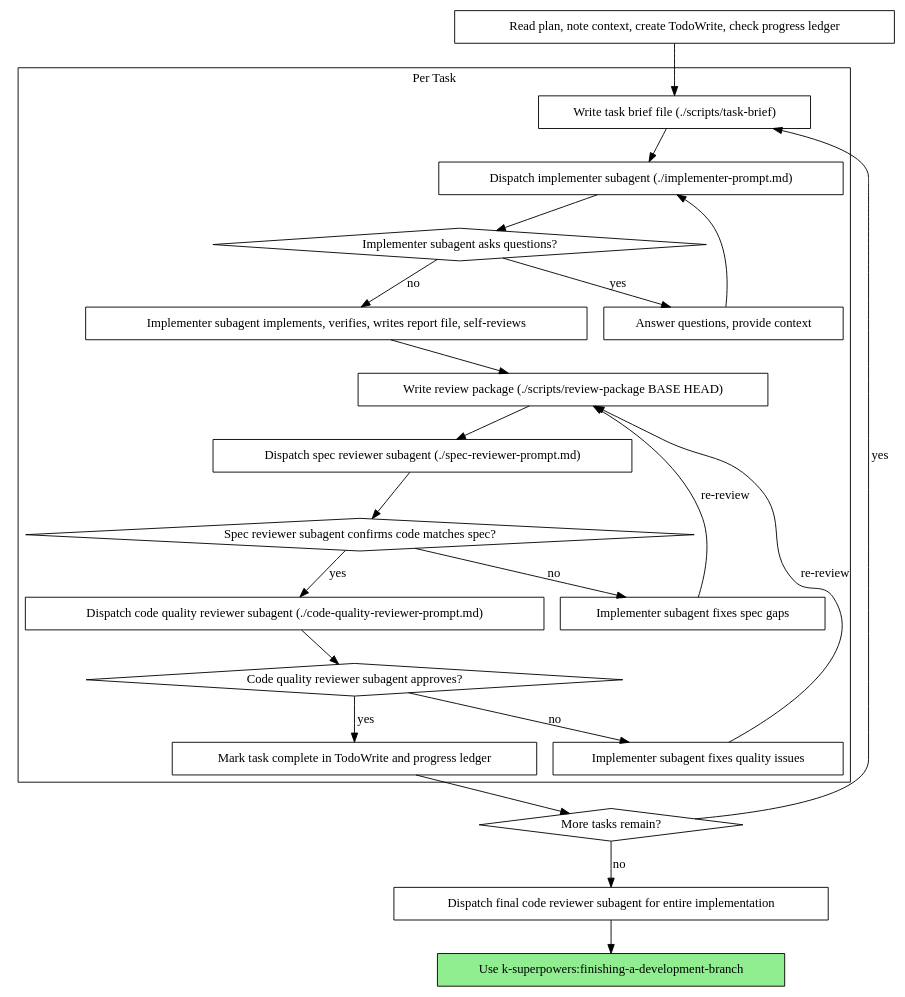
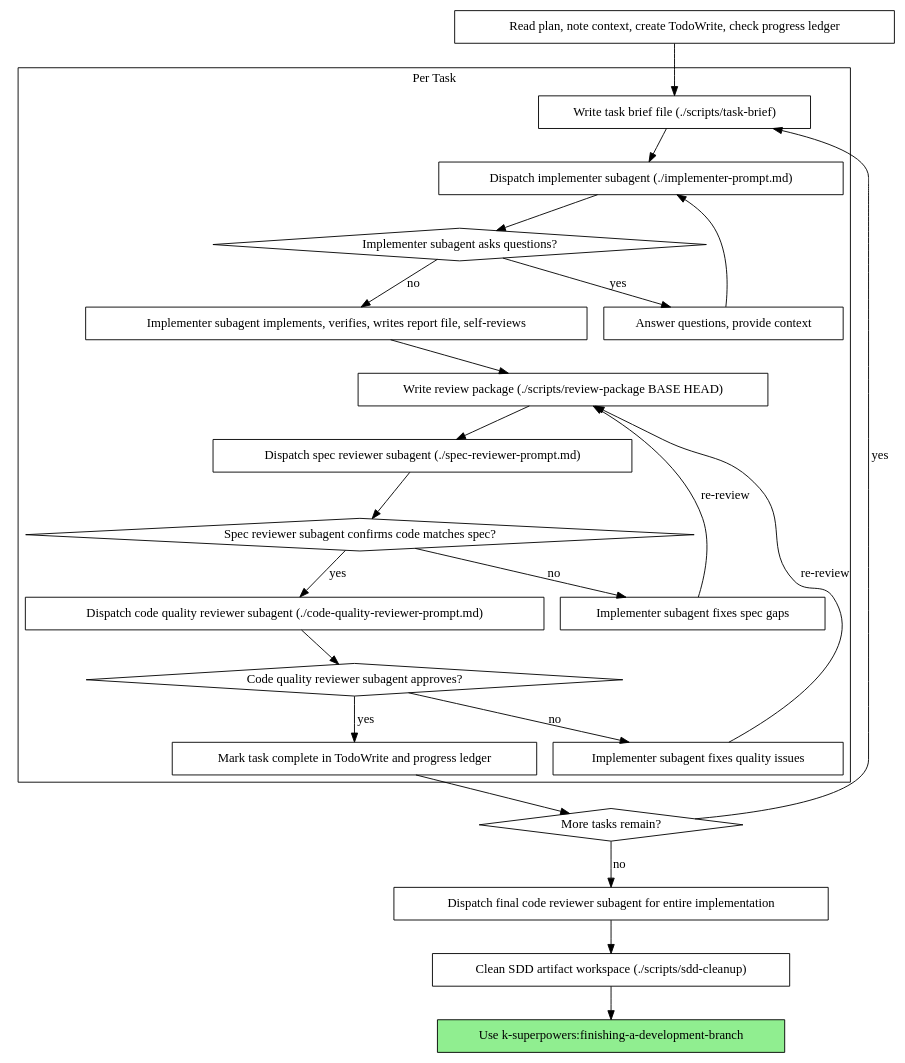
The second of 2 diagrams in skills/subagent-driven-development/SKILL.md (kirito41dd/k-superpowers), drawn with Graphviz before and after one commit. The commit also changed other lines of this file and 9 other files, not shown here.

Commit message:
feat: clean SDD artifacts after completion

````diff
--- a/skills/subagent-driven-development/SKILL.md
+++ b/skills/subagent-driven-development/SKILL.md
@@ -48,48 +50,50 @@
 ```dot
 digraph process {
     rankdir=TB;
 
     subgraph cluster_per_task {
         label="Per Task";
         "Write task brief file (./scripts/task-brief)" [shape=box];
         "Dispatch implementer subagent (./implementer-prompt.md)" [shape=box];
         "Implementer subagent asks questions?" [shape=diamond];
         "Answer questions, provide context" [shape=box];
         "Implementer subagent implements, verifies, writes report file, self-reviews" [shape=box];
         "Write review package (./scripts/review-package BASE HEAD)" [shape=box];
         "Dispatch spec reviewer subagent (./spec-reviewer-prompt.md)" [shape=box];
         "Spec reviewer subagent confirms code matches spec?" [shape=diamond];
         "Implementer subagent fixes spec gaps" [shape=box];
         "Dispatch code quality reviewer subagent (./code-quality-reviewer-prompt.md)" [shape=box];
         "Code quality reviewer subagent approves?" [shape=diamond];
         "Implementer subagent fixes quality issues" [shape=box];
         "Mark task complete in TodoWrite and progress ledger" [shape=box];
     }
 
     "Read plan, note context, create TodoWrite, check progress ledger" [shape=box];
     "More tasks remain?" [shape=diamond];
     "Dispatch final code reviewer subagent for entire implementation" [shape=box];
+    "Clean SDD artifact workspace (./scripts/sdd-cleanup)" [shape=box];
     "Use k-superpowers:finishing-a-development-branch" [shape=box style=filled fillcolor=lightgreen];
 
     "Read plan, note context, create TodoWrite, check progress ledger" -> "Write task brief file (./scripts/task-brief)";
     "Write task brief file (./scripts/task-brief)" -> "Dispatch implementer subagent (./implementer-prompt.md)";
     "Dispatch implementer subagent (./implementer-prompt.md)" -> "Implementer subagent asks questions?";
     "Implementer subagent asks questions?" -> "Answer questions, provide context" [label="yes"];
     "Answer questions, provide context" -> "Dispatch implementer subagent (./implementer-prompt.md)";
     "Implementer subagent asks questions?" -> "Implementer subagent implements, verifies, writes report file, self-reviews" [label="no"];
     "Implementer subagent implements, verifies, writes report file, self-reviews" -> "Write review package (./scripts/review-package BASE HEAD)";
     "Write review package (./scripts/review-package BASE HEAD)" -> "Dispatch spec reviewer subagent (./spec-reviewer-prompt.md)";
     "Dispatch spec reviewer subagent (./spec-reviewer-prompt.md)" -> "Spec reviewer subagent confirms code matches spec?";
     "Spec reviewer subagent confirms code matches spec?" -> "Implementer subagent fixes spec gaps" [label="no"];
     "Implementer subagent fixes spec gaps" -> "Write review package (./scripts/review-package BASE HEAD)" [label="re-review"];
     "Spec reviewer subagent confirms code matches spec?" -> "Dispatch code quality reviewer subagent (./code-quality-reviewer-prompt.md)" [label="yes"];
     "Dispatch code quality reviewer subagent (./code-quality-reviewer-prompt.md)" -> "Code quality reviewer subagent approves?";
     "Code quality reviewer subagent approves?" -> "Implementer subagent fixes quality issues" [label="no"];
     "Implementer subagent fixes quality issues" -> "Write review package (./scripts/review-package BASE HEAD)" [label="re-review"];
     "Code quality reviewer subagent approves?" -> "Mark task complete in TodoWrite and progress ledger" [label="yes"];
     "Mark task complete in TodoWrite and progress ledger" -> "More tasks remain?";
     "More tasks remain?" -> "Write task brief file (./scripts/task-brief)" [label="yes"];
     "More tasks remain?" -> "Dispatch final code reviewer subagent for entire implementation" [label="no"];
-    "Dispatch final code reviewer subagent for entire implementation" -> "Use k-superpowers:finishing-a-development-branch";
+    "Dispatch final code reviewer subagent for entire implementation" -> "Clean SDD artifact workspace (./scripts/sdd-cleanup)";
+    "Clean SDD artifact workspace (./scripts/sdd-cleanup)" -> "Use k-superpowers:finishing-a-development-branch";
 }
 ```
````
